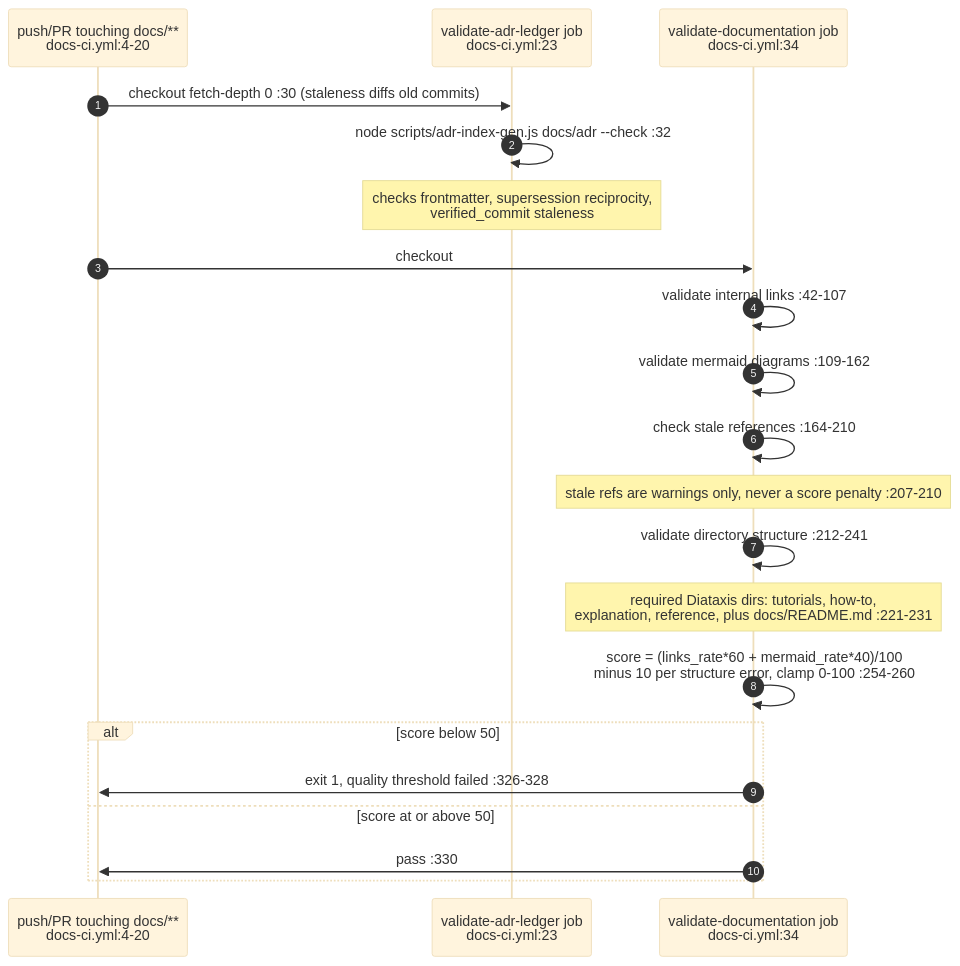
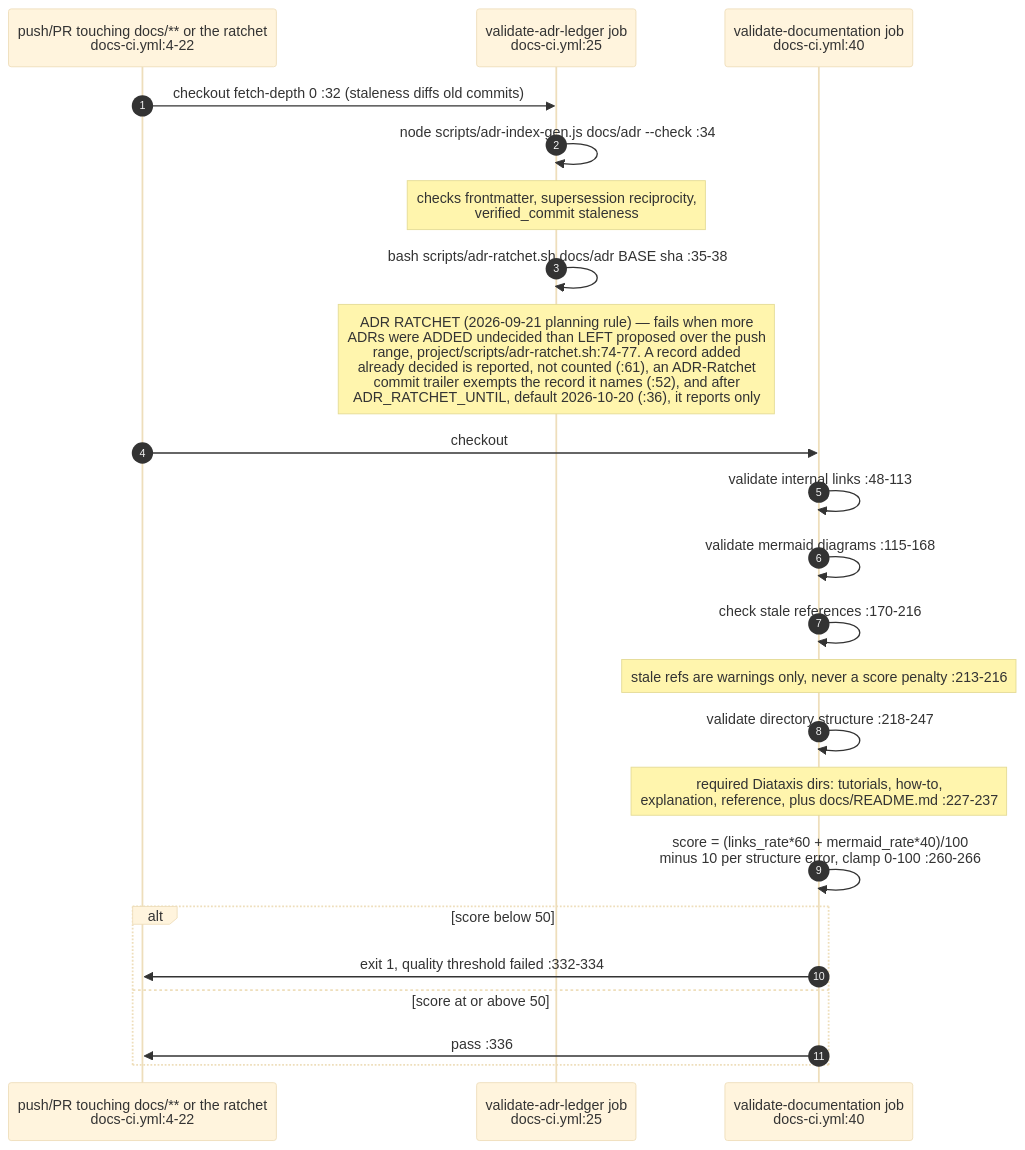
One commit to DreamLab-AI/VisionFlow changed diagram 12 of 23 in docs/diagrams/estate/09-build-deploy-and-ci-estate.md. Above: the diagram before and after it, drawn with Mermaid (base theme). The commit also changed other lines of this file and 94 other files, not shown here.

First line of the commit message:
docs(diagrams): re-verify 130 topics against 2 October HEADs

````diff
--- a/docs/diagrams/estate/09-build-deploy-and-ci-estate.md
+++ b/docs/diagrams/estate/09-build-deploy-and-ci-estate.md
@@ -418,25 +424,27 @@
 ```mermaid
 sequenceDiagram
     autonumber
-    participant GH as push/PR touching docs/**<br/>docs-ci.yml:4-20
-    participant ADR as validate-adr-ledger job<br/>docs-ci.yml:23
-    participant DOC as validate-documentation job<br/>docs-ci.yml:34
+    participant GH as push/PR touching docs/** or the ratchet<br/>docs-ci.yml:4-22
+    participant ADR as validate-adr-ledger job<br/>docs-ci.yml:25
+    participant DOC as validate-documentation job<br/>docs-ci.yml:40
 
-    GH->>ADR: checkout fetch-depth 0 :30 (staleness diffs old commits)
-    ADR->>ADR: node scripts/adr-index-gen.js docs/adr --check :32
+    GH->>ADR: checkout fetch-depth 0 :32 (staleness diffs old commits)
+    ADR->>ADR: node scripts/adr-index-gen.js docs/adr --check :34
     Note over ADR: checks frontmatter, supersession reciprocity,<br/>verified_commit staleness
+    ADR->>ADR: bash scripts/adr-ratchet.sh docs/adr BASE sha :35-38
+    Note over ADR: ADR RATCHET (2026-09-21 planning rule) — fails when more<br/>ADRs were ADDED undecided than LEFT proposed over the push<br/>range, project/scripts/adr-ratchet.sh:74-77. A record added<br/>already decided is reported, not counted (:61), an ADR-Ratchet<br/>commit trailer exempts the record it names (:52), and after<br/>ADR_RATCHET_UNTIL, default 2026-10-20 (:36), it reports only
 
     GH->>DOC: checkout
-    DOC->>DOC: validate internal links :42-107
-    DOC->>DOC: validate mermaid diagrams :109-162
-    DOC->>DOC: check stale references :164-210
-    Note over DOC: stale refs are warnings only, never a score penalty :207-210
-    DOC->>DOC: validate directory structure :212-241
-    Note over DOC: required Diataxis dirs: tutorials, how-to,<br/>explanation, reference, plus docs/README.md :221-231
-    DOC->>DOC: score = (links_rate*60 + mermaid_rate*40)/100<br/>minus 10 per structure error, clamp 0-100 :254-260
+    DOC->>DOC: validate internal links :48-113
+    DOC->>DOC: validate mermaid diagrams :115-168
+    DOC->>DOC: check stale references :170-216
+    Note over DOC: stale refs are warnings only, never a score penalty :213-216
+    DOC->>DOC: validate directory structure :218-247
+    Note over DOC: required Diataxis dirs: tutorials, how-to,<br/>explanation, reference, plus docs/README.md :227-237
+    DOC->>DOC: score = (links_rate*60 + mermaid_rate*40)/100<br/>minus 10 per structure error, clamp 0-100 :260-266
     alt score below 50
-        DOC->>GH: exit 1, quality threshold failed :326-328
+        DOC->>GH: exit 1, quality threshold failed :332-334
     else score at or above 50
-        DOC->>GH: pass :330
+        DOC->>GH: pass :336
     end
 ```
````
